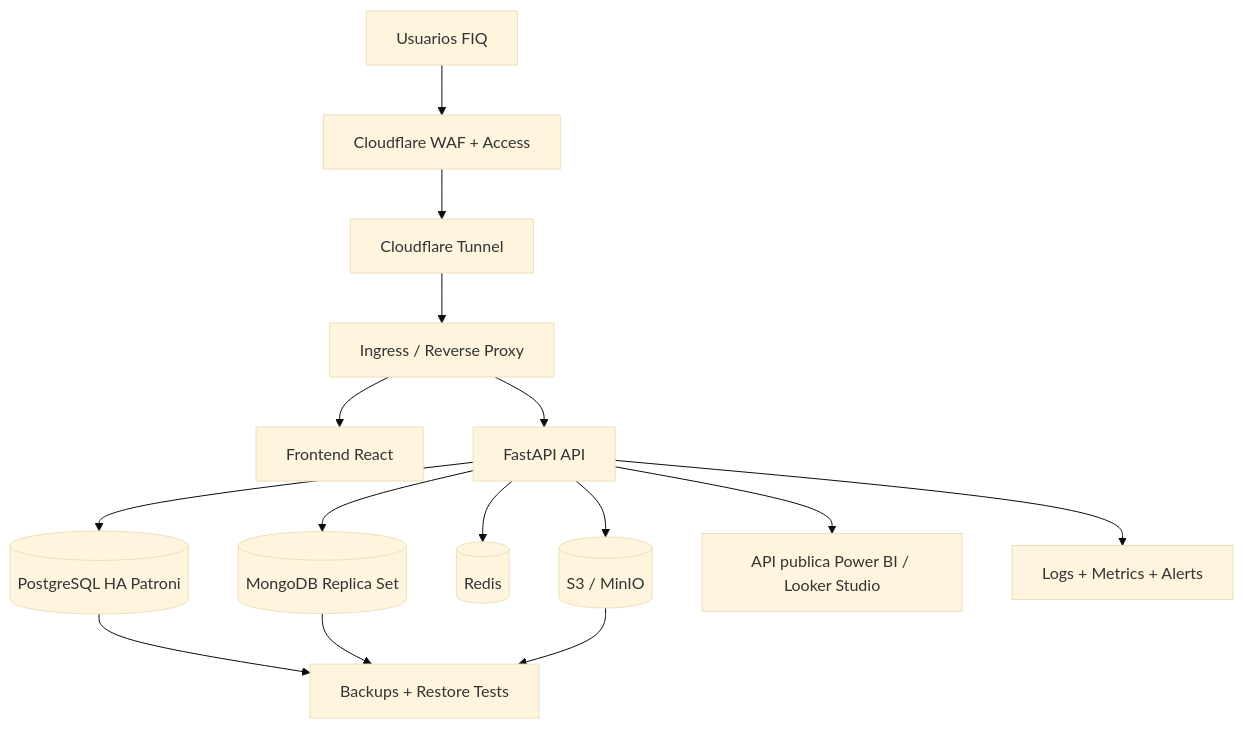
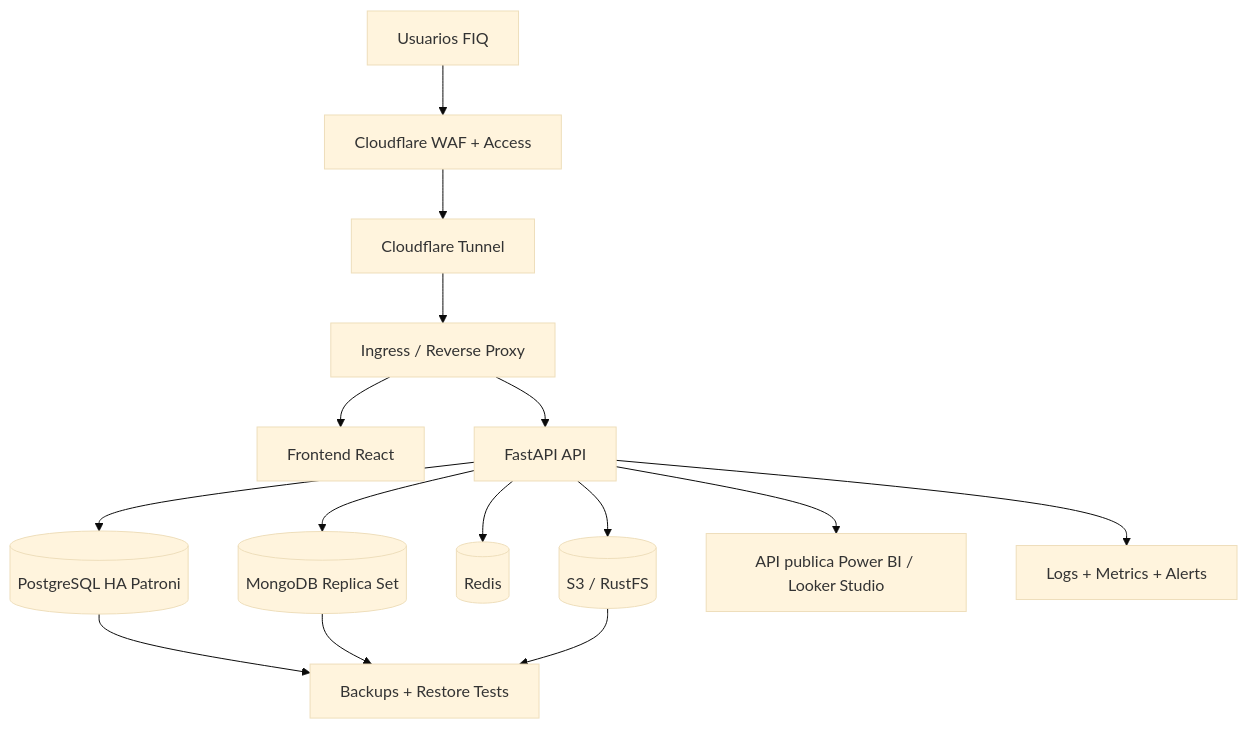
One commit to jhulio435m/FIQ changed the diagram in docs/14_plan_ha_kubernetes_swarm_powerbi.md. Above: the diagram before and after it, drawn with Mermaid (base theme). The commit also changed other lines of this file and 65 other files, not shown here.

````diff
--- a/docs/14_plan_ha_kubernetes_swarm_powerbi.md
+++ b/docs/14_plan_ha_kubernetes_swarm_powerbi.md
@@ -37,19 +37,19 @@
 ```mermaid
 flowchart TD
     User[Usuarios FIQ] --> Cloudflare[Cloudflare WAF + Access]
     Cloudflare --> Tunnel[Cloudflare Tunnel]
     Tunnel --> Ingress[Ingress / Reverse Proxy]
     Ingress --> Frontend[Frontend React]
     Ingress --> Backend[FastAPI API]
 
     Backend --> PostgresHA[(PostgreSQL HA Patroni)]
     Backend --> MongoRS[(MongoDB Replica Set)]
     Backend --> Redis[(Redis)]
-    Backend --> ObjectStorage[(S3 / MinIO)]
+    Backend --> ObjectStorage[(S3 / RustFS)]
 
     Backend --> Dashboards[API publica Power BI / Looker Studio]
     PostgresHA --> Backups[Backups + Restore Tests]
     MongoRS --> Backups
     ObjectStorage --> Backups
     Backend --> Observability[Logs + Metrics + Alerts]
 ```
````
